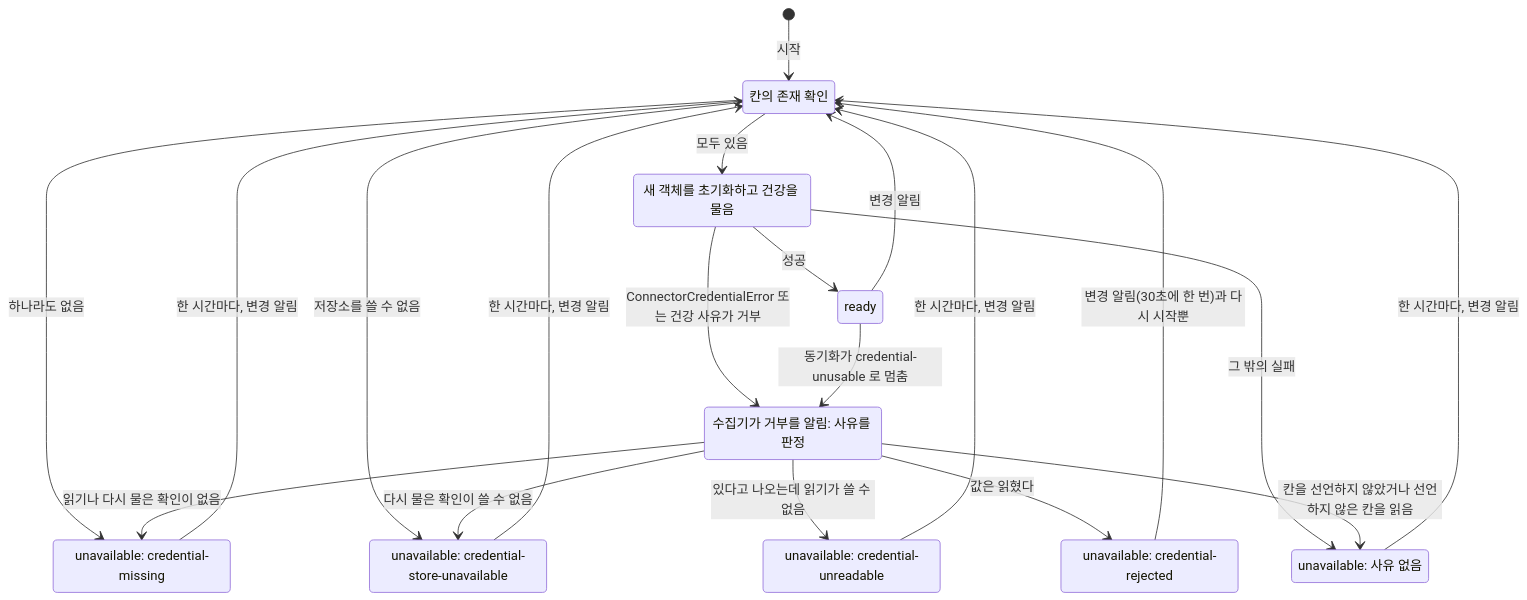
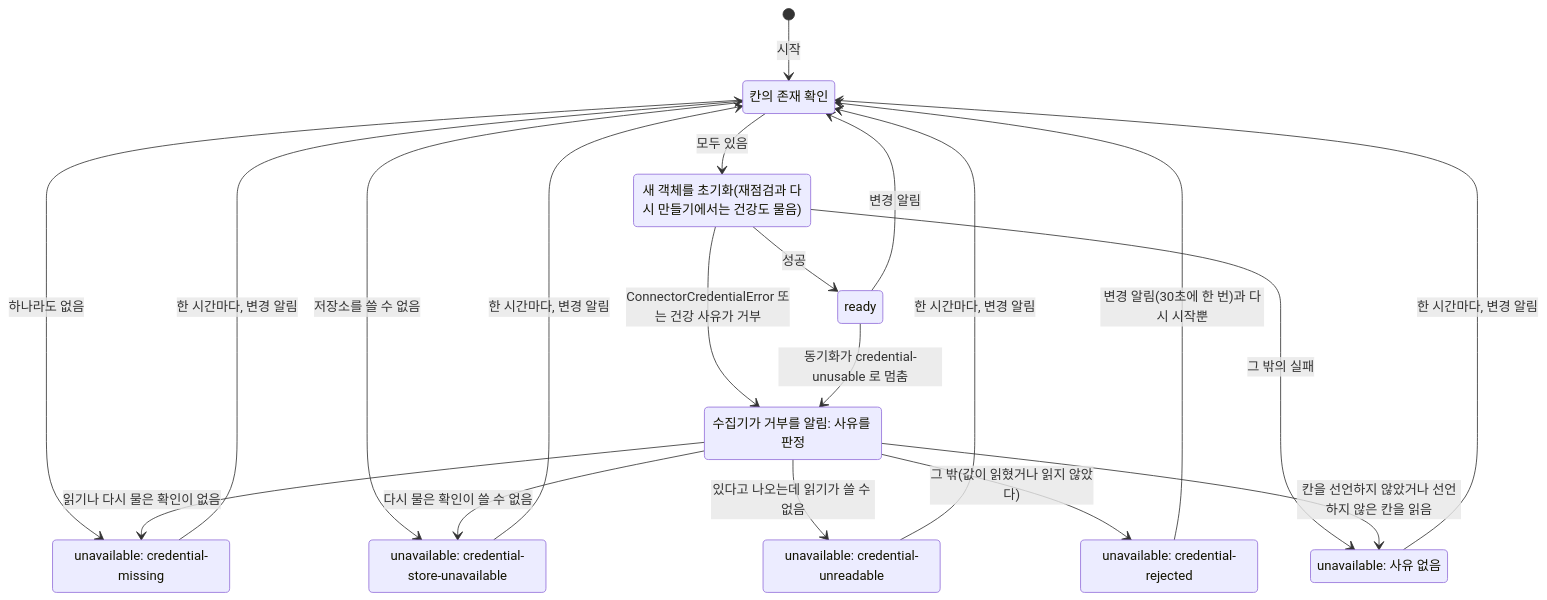
One commit to nohdol97/PKI changed the second of 2 diagrams in docs/specs/2026-11-22-I06-connector-credentials.md. Above: the diagram before and after it, drawn with Mermaid. The commit also changed other lines of this file, not shown here.

````diff
--- a/docs/specs/2026-11-22-I06-connector-credentials.md
+++ b/docs/specs/2026-11-22-I06-connector-credentials.md
@@ -319,31 +322,31 @@
 ```mermaid
 stateDiagram-v2
   state "칸의 존재 확인" as CHECK
-  state "새 객체를 초기화하고 건강을 물음" as INIT
+  state "새 객체를 초기화(재점검과 다시 만들기에서는 건강도 물음)" as INIT
   state "수집기가 거부를 알림: 사유를 판정" as JUDGE
   state "ready" as READY
   state "unavailable: credential-missing" as MISSING
   state "unavailable: credential-store-unavailable" as NOSTORE
   state "unavailable: credential-unreadable" as UNREADABLE
   state "unavailable: credential-rejected" as REJECTED
   state "unavailable: 사유 없음" as PLAIN
   [*] --> CHECK: 시작
   CHECK --> INIT: 모두 있음
   CHECK --> MISSING: 하나라도 없음
   CHECK --> NOSTORE: 저장소를 쓸 수 없음
   INIT --> READY: 성공
   INIT --> JUDGE: ConnectorCredentialError 또는 건강 사유가 거부
   INIT --> PLAIN: 그 밖의 실패
   READY --> JUDGE: 동기화가 credential-unusable 로 멈춤
   JUDGE --> MISSING: 읽기나 다시 물은 확인이 없음
   JUDGE --> NOSTORE: 다시 물은 확인이 쓸 수 없음
   JUDGE --> UNREADABLE: 있다고 나오는데 읽기가 쓸 수 없음
-  JUDGE --> REJECTED: 값은 읽혔다
+  JUDGE --> REJECTED: 그 밖(값이 읽혔거나 읽지 않았다)
   JUDGE --> PLAIN: 칸을 선언하지 않았거나 선언하지 않은 칸을 읽음
   MISSING --> CHECK: 한 시간마다, 변경 알림
   NOSTORE --> CHECK: 한 시간마다, 변경 알림
   UNREADABLE --> CHECK: 한 시간마다, 변경 알림
   PLAIN --> CHECK: 한 시간마다, 변경 알림
   REJECTED --> CHECK: 변경 알림(30초에 한 번)과 다시 시작뿐
   READY --> CHECK: 변경 알림
 ```
````
